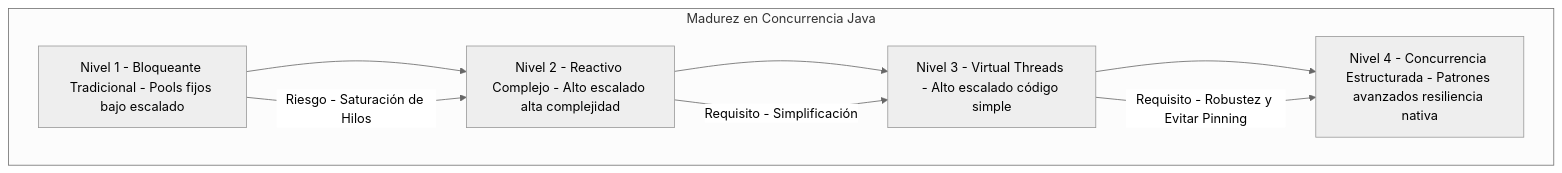
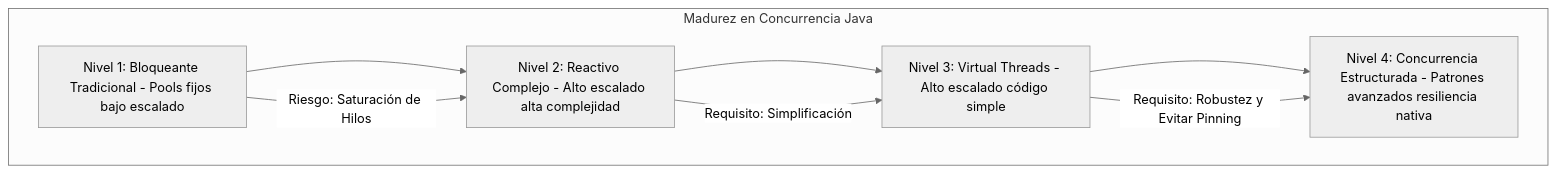
Before and after one commit to Joaquinriosheredia/DAM-Java-Mastery: the fifth of 5 diagrams in 01_Java_Core/java_21_virtual_threads_STAFF.md, drawn with Mermaid (neutral theme). The commit also changed other lines of this file, not shown here.

Commit message:
java_21_virtual_threads_STAFF.md

````diff
--- a/01_Java_Core/java_21_virtual_threads_STAFF.md
+++ b/01_Java_Core/java_21_virtual_threads_STAFF.md
@@ -577,13 +739,13 @@
 ```mermaid
 graph TD
     subgraph "Madurez en Concurrencia Java"
-        L1[Nivel 1 - Bloqueante Tradicional - Pools fijos bajo escalado] --> L2
-        L2[Nivel 2 - Reactivo Complejo - Alto escalado alta complejidad] --> L3
-        L3[Nivel 3 - Virtual Threads - Alto escalado código simple] --> L4
-        L4[Nivel 4 - Concurrencia Estructurada - Patrones avanzados resiliencia nativa]
+        L1[Nivel 1: Bloqueante Tradicional - Pools fijos bajo escalado] --> L2
+        L2[Nivel 2: Reactivo Complejo - Alto escalado alta complejidad] --> L3
+        L3[Nivel 3: Virtual Threads - Alto escalado código simple] --> L4
+        L4[Nivel 4: Concurrencia Estructurada - Patrones avanzados resiliencia nativa]
     end
     
-    L1 -->|Riesgo - Saturación de Hilos| L2
-    L2 -->|Requisito - Simplificación| L3
-    L3 -->|Requisito - Robustez y Evitar Pinning| L4
+    L1 -->|Riesgo: Saturación de Hilos| L2
+    L2 -->|Requisito: Simplificación| L3
+    L3 -->|Requisito: Robustez y Evitar Pinning| L4
 ```
````
